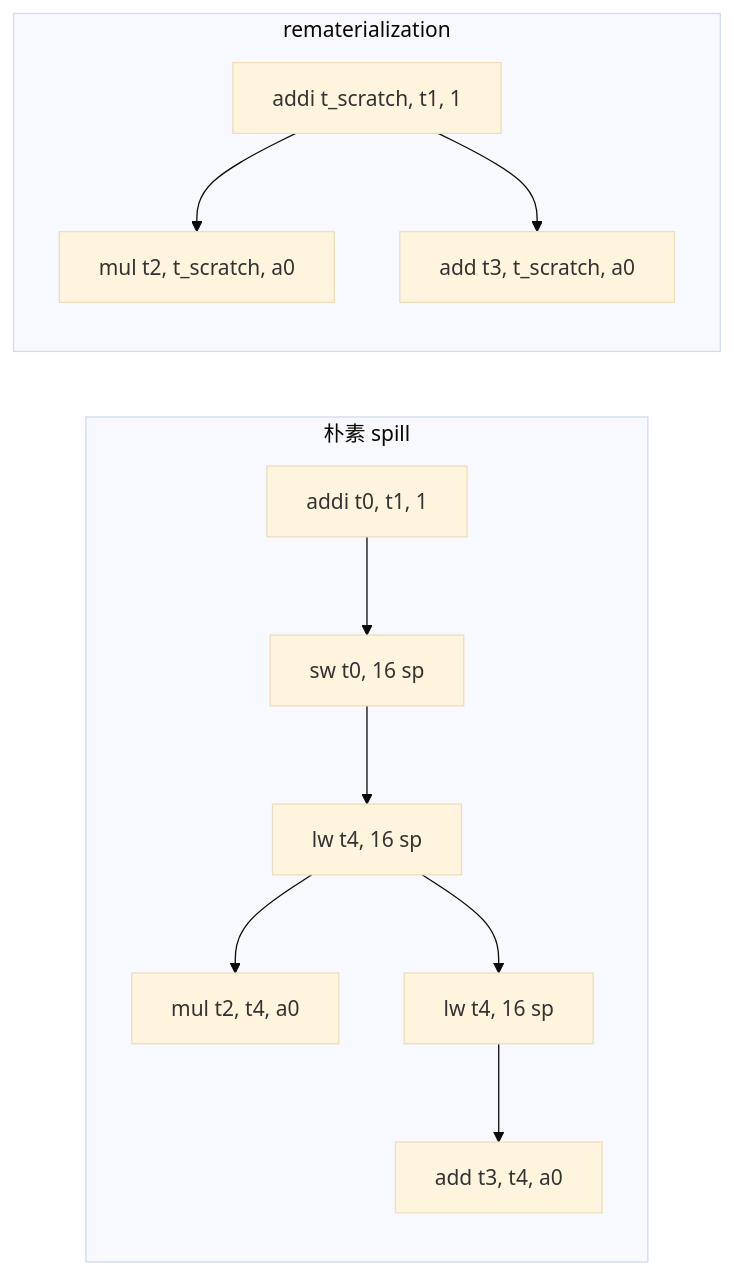
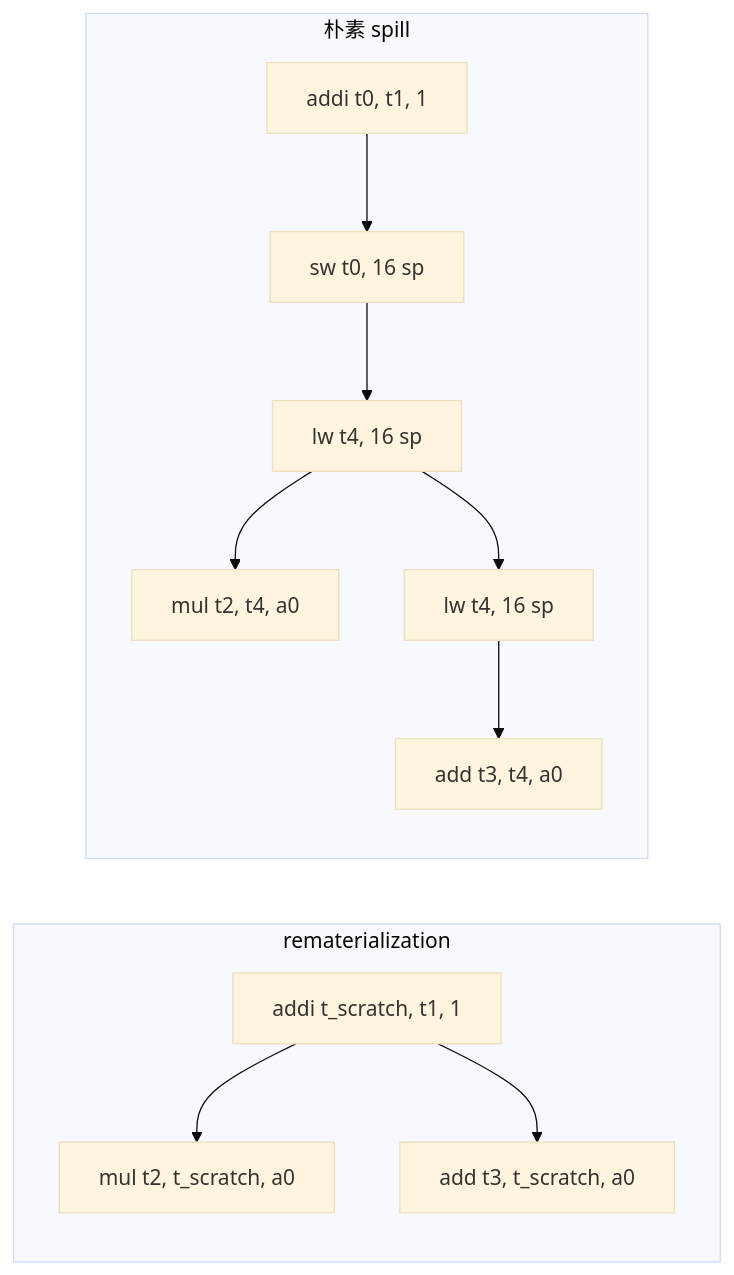
One commit to lightsmilew/compiler-principles changed the diagram in docs/optim/asm-spill.md. Above: the diagram before and after it, drawn with Mermaid (base theme). The commit also changed 36 other files, not shown here.

````diff
--- a/docs/optim/asm-spill.md
+++ b/docs/optim/asm-spill.md
@@ -44,14 +44,18 @@
 ```mermaid
+%% 两块面板上下排布：Mermaid 会把后写的子图放在上方，因此这里先写 rematerialization，
+%% 渲染出来才是上=朴素 spill、下=rematerialization；面板内部竖排，整图不会被横向拉长。
 flowchart LR
+  subgraph rematerialization
+    direction TB
+    D2[addi t_scratch, t1, 1] --> M2[mul t2, t_scratch, a0]
+    D2 --> M3[add t3, t_scratch, a0]
+  end
   subgraph 朴素 spill
+    direction TB
     D1[addi t0, t1, 1] --> S1[sw t0, 16 sp]
     S1 --> L1[lw t4, 16 sp]
     L1 --> M1[mul t2, t4, a0]
     L1 --> L2[lw t4, 16 sp]
     L2 --> A1[add t3, t4, a0]
   end
-  subgraph rematerialization
-    D2[addi t_scratch, t1, 1] --> M2[mul t2, t_scratch, a0]
-    D2 --> M3[add t3, t_scratch, a0]
-  end
 ```
````
